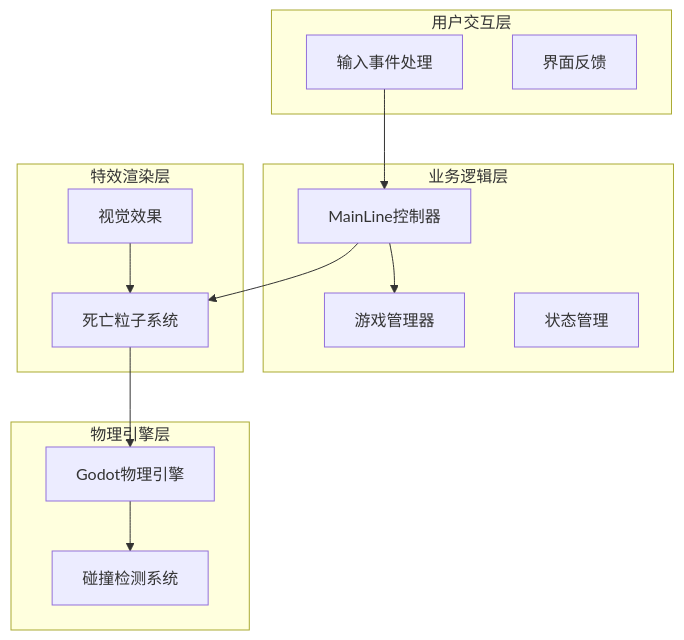
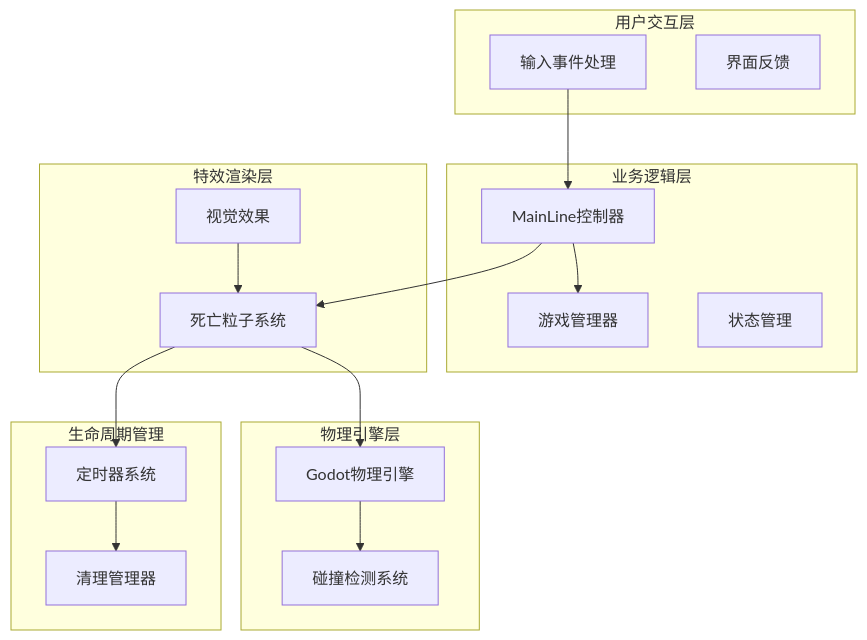
The fourth of 10 diagrams in .qoder/repowiki/zh/content/游戏系统/触发器系统/特殊效果触发器/死亡粒子系统.md (godotline/godot-line), drawn with Mermaid before and after one commit. The commit also changed other lines of this file and 28 other files, not shown here.

````diff
--- a/.qoder/repowiki/zh/content/游戏系统/触发器系统/特殊效果触发器/死亡粒子系统.md
+++ b/.qoder/repowiki/zh/content/游戏系统/触发器系统/特殊效果触发器/死亡粒子系统.md
@@ -140,26 +169,32 @@
 ```mermaid
 graph TB
 subgraph "用户交互层"
 Input[输入事件处理]
 UI[界面反馈]
 end
 subgraph "业务逻辑层"
 MainLine[MainLine控制器]
 GameManager[游戏管理器]
 State[状态管理]
 end
 subgraph "特效渲染层"
 DeathParticle[死亡粒子系统]
 VisualEffects[视觉效果]
 end
 subgraph "物理引擎层"
 PhysicsEngine[Godot物理引擎]
 CollisionSystem[碰撞检测系统]
 end
+subgraph "生命周期管理"
+TimerSystem[定时器系统]
+CleanupManager[清理管理器]
+end
 Input --> MainLine
 MainLine --> DeathParticle
 MainLine --> GameManager
 DeathParticle --> PhysicsEngine
+DeathParticle --> TimerSystem
+TimerSystem --> CleanupManager
 PhysicsEngine --> CollisionSystem
 VisualEffects --> DeathParticle
 ```
````
